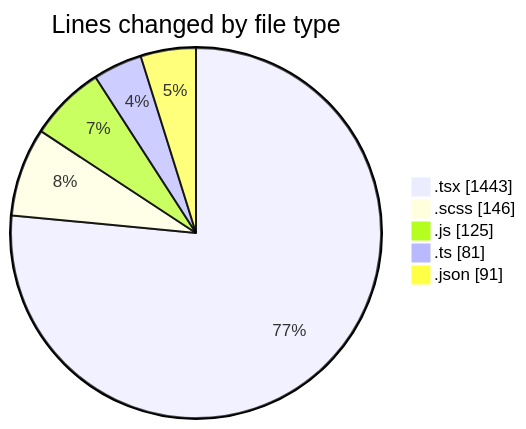
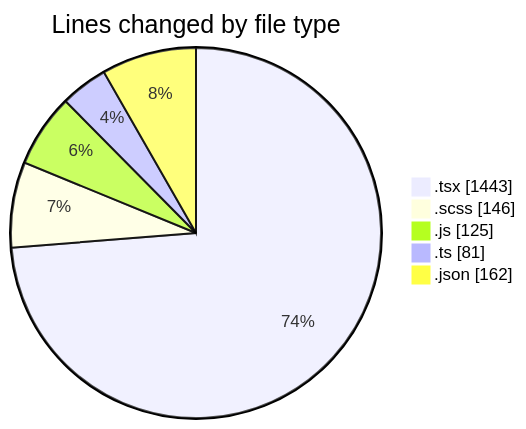
One commit to momahboobian/code-tracking changed the first of 2 diagrams in 2026-04-24/cda/README.md. Above: the diagram before and after it, drawn with Mermaid. The commit also changed other lines of this file and 1 other file, not shown here.

````diff
--- a/2026-04-24/cda/README.md
+++ b/2026-04-24/cda/README.md
@@ -33,9 +33,9 @@
 ```mermaid
 pie showData
 title Lines changed by file type
 ".tsx" : 1443
 ".scss" : 146
 ".js" : 125
 ".ts" : 81
-".json" : 91
+".json" : 162
 ```
````
